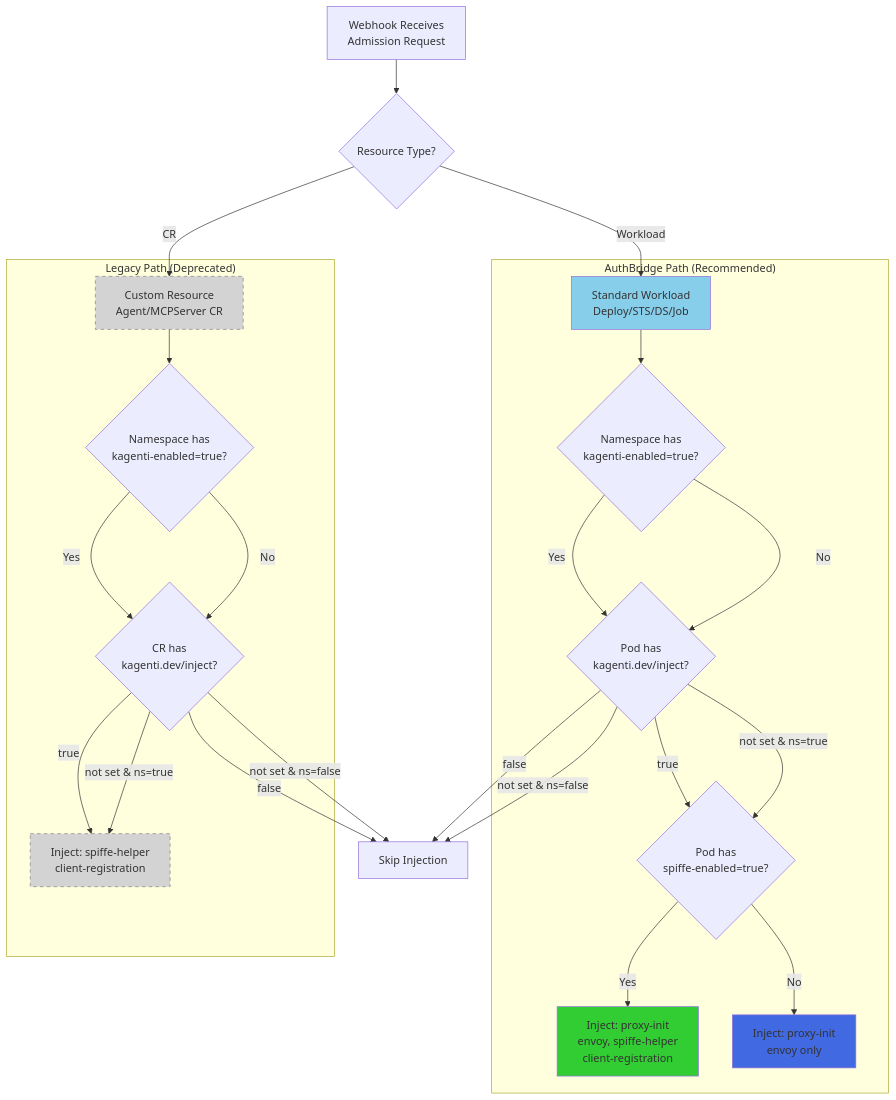
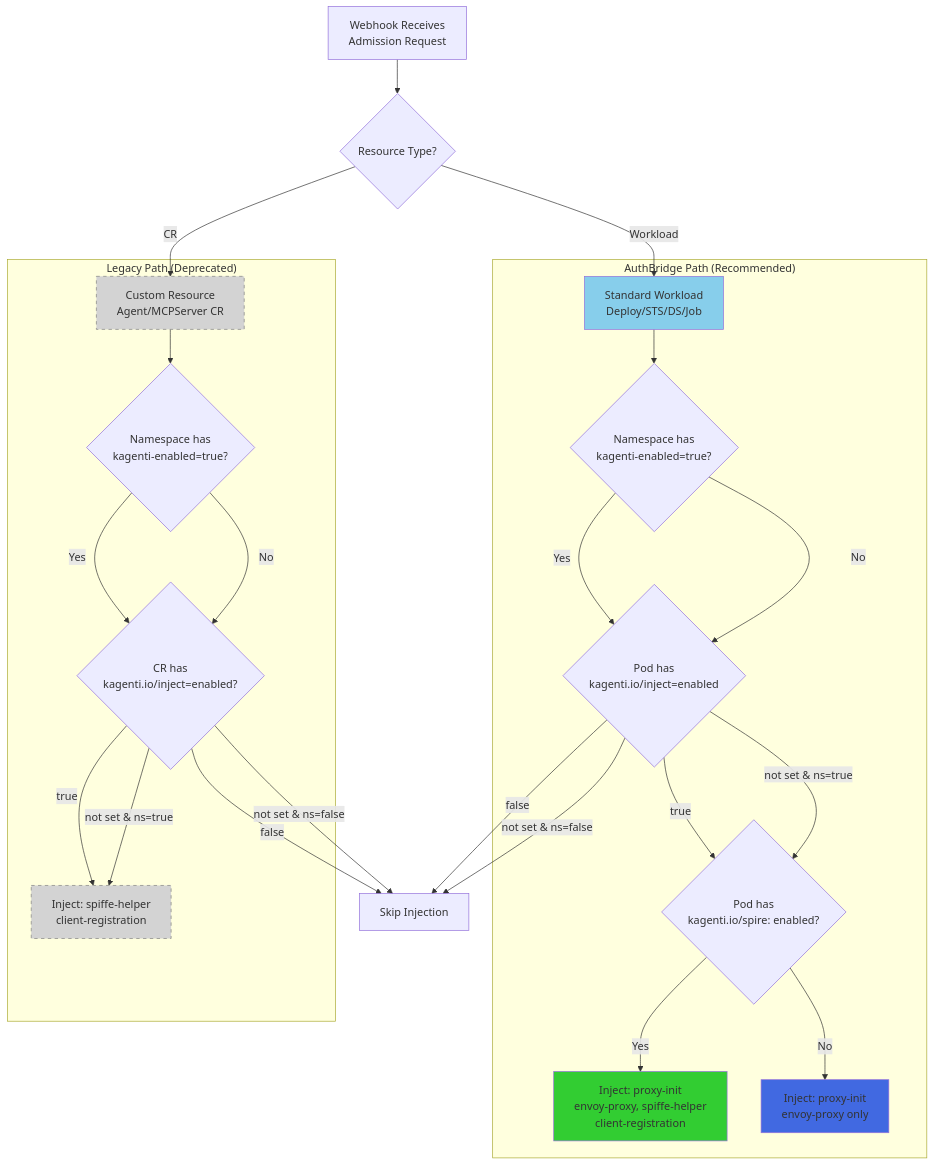
Before and after one commit to maia-iyer/kagenti-extensions: the fifth of 5 diagrams in kagenti-webhook/ARCHITECTURE.md, drawn with Mermaid. The commit also changed other lines of this file and 1 other file, not shown here.

````diff
--- a/kagenti-webhook/ARCHITECTURE.md
+++ b/kagenti-webhook/ARCHITECTURE.md
@@ -187,52 +187,52 @@
 ```mermaid
 graph TD
     START[Webhook Receives<br/>Admission Request]
     CHECK_TYPE{Resource Type?}
 
     subgraph "AuthBridge Path (Recommended)"
         WORKLOAD[Standard Workload<br/>Deploy/STS/DS/Job]
         CHECK_NS_AB{Namespace has<br/>kagenti-enabled=true?}
-        CHECK_LABEL{Pod has<br/>kagenti.dev/inject?}
-        CHECK_SPIRE{Pod has<br/>spiffe-enabled=true?}
-        INJECT_FULL[Inject: proxy-init<br/>envoy, spiffe-helper<br/>client-registration]
-        INJECT_BASIC[Inject: proxy-init<br/>envoy only]
+        CHECK_LABEL{Pod has<br/>kagenti.io/inject=enabled}
+        CHECK_SPIRE{Pod has<br/>kagenti.io/spire: enabled?}
+        INJECT_FULL[Inject: proxy-init<br/>envoy-proxy, spiffe-helper<br/>client-registration]
+        INJECT_BASIC[Inject: proxy-init<br/>envoy-proxy only]
     end
 
     subgraph "Legacy Path (Deprecated)"
         CUSTOM[Custom Resource<br/>Agent/MCPServer CR]
         CHECK_NS_LEG{Namespace has<br/>kagenti-enabled=true?}
-        CHECK_ANNO{CR has<br/>kagenti.dev/inject?}
+        CHECK_ANNO{CR has<br/>kagenti.io/inject=enabled?}
         INJECT_SPIRE[Inject: spiffe-helper<br/>client-registration]
     end
 
     SKIP[Skip Injection]
 
     START --> CHECK_TYPE
     CHECK_TYPE -->|Workload| WORKLOAD
     CHECK_TYPE -->|CR| CUSTOM
 
     WORKLOAD --> CHECK_NS_AB
     CHECK_NS_AB -->|Yes| CHECK_LABEL
     CHECK_NS_AB -->|No| CHECK_LABEL
     CHECK_LABEL -->|true| CHECK_SPIRE
     CHECK_LABEL -->|false| SKIP
     CHECK_LABEL -->|not set & ns=true| CHECK_SPIRE
     CHECK_LABEL -->|not set & ns=false| SKIP
 
     CHECK_SPIRE -->|Yes| INJECT_FULL
     CHECK_SPIRE -->|No| INJECT_BASIC
 
     CUSTOM --> CHECK_NS_LEG
     CHECK_NS_LEG -->|Yes| CHECK_ANNO
     CHECK_NS_LEG -->|No| CHECK_ANNO
     CHECK_ANNO -->|true| INJECT_SPIRE
     CHECK_ANNO -->|false| SKIP
     CHECK_ANNO -->|not set & ns=true| INJECT_SPIRE
     CHECK_ANNO -->|not set & ns=false| SKIP
 
     style INJECT_FULL fill:#32CD32
     style INJECT_BASIC fill:#4169E1
     style INJECT_SPIRE fill:#D3D3D3,stroke:#808080,stroke-dasharray: 5 5
     style WORKLOAD fill:#87CEEB
     style CUSTOM fill:#D3D3D3,stroke:#808080,stroke-dasharray: 5 5
 ```
````
